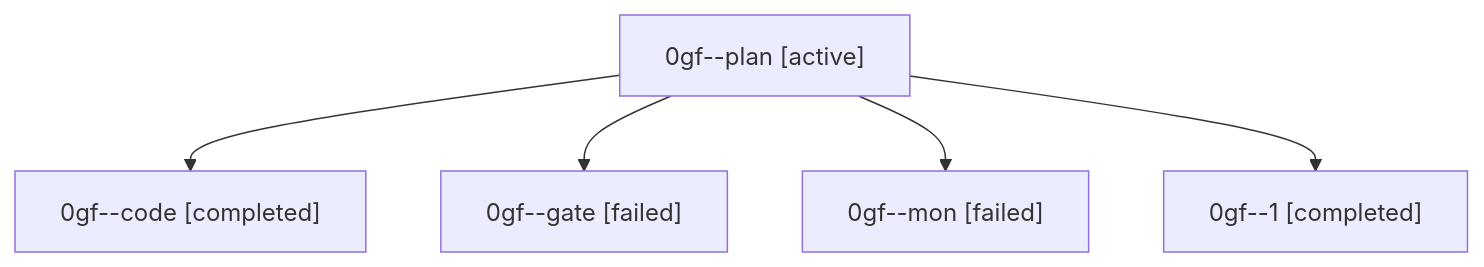
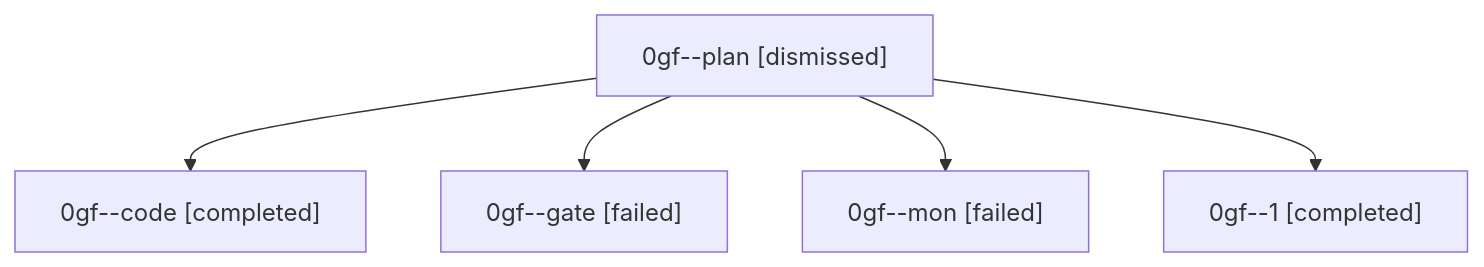
One commit to sase-org/sase--agents changed the diagram in sessions/bbugyi200.athena.0gf.md. Above: the diagram before and after it, drawn with Mermaid. The commit also changed other lines of this file and 24 other files, not shown here.

````diff
--- a/sessions/bbugyi200.athena.0gf.md
+++ b/sessions/bbugyi200.athena.0gf.md
@@ -9,12 +9,12 @@
 ```mermaid
 flowchart TD
-  n0["0gf--plan [active]"]
+  n0["0gf--plan [dismissed]"]
   n1["0gf--code [completed]"]
   n0 --> n1
   n2["0gf--gate [failed]"]
   n0 --> n2
   n3["0gf--mon [failed]"]
   n0 --> n3
   n4["0gf--1 [completed]"]
   n0 --> n4
 ```
````
